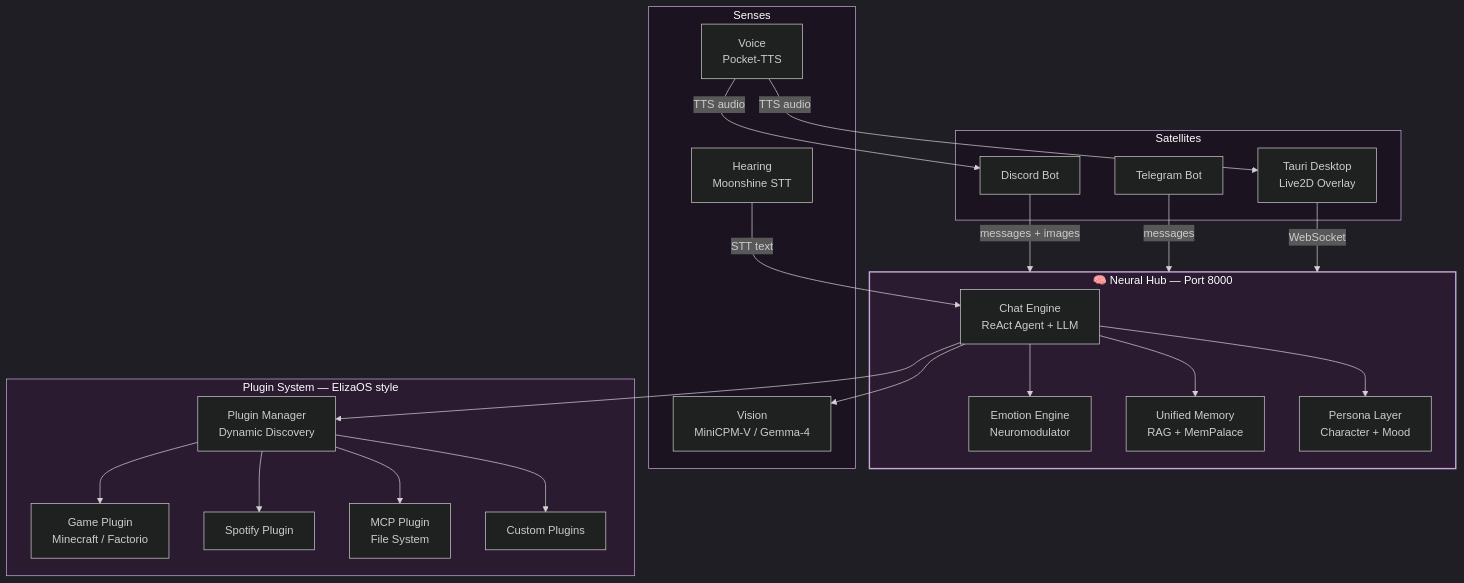
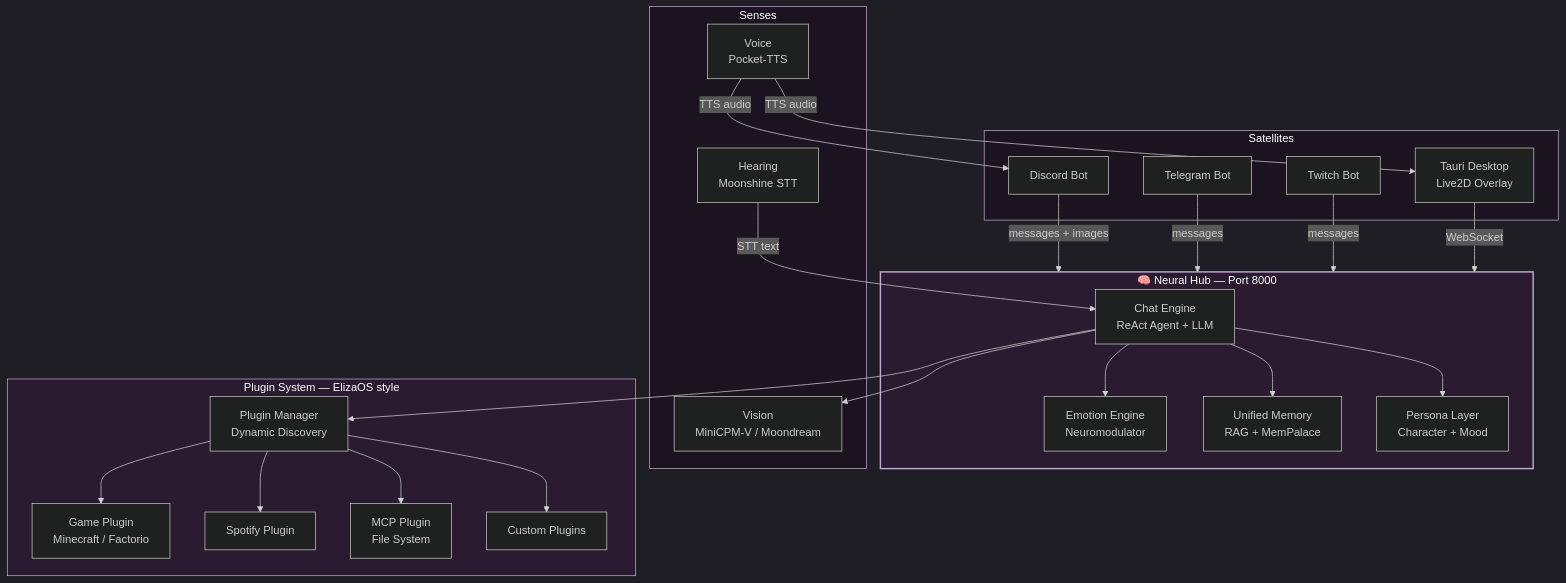
Before and after one commit to omax404/Project-Aiko: the diagram in README.md, drawn with Mermaid. The commit also changed other lines of this file and 92 other files, not shown here.

````diff
--- a/README.md
+++ b/README.md
@@ -171,53 +174,55 @@
 ```mermaid
 %%{ init: { 'theme': 'dark', 'flowchart': { 'curve': 'basis' } } }%%
 flowchart TD
     subgraph Neural["🧠 Neural Hub — Port 8000"]
         Brain["Chat Engine<br/>ReAct Agent + LLM"]
         Emotion["Emotion Engine<br/>Neuromodulator"]
         Memory["Unified Memory<br/>RAG + MemPalace"]
         Persona["Persona Layer<br/>Character + Mood"]
     end
 
     subgraph Senses["Senses"]
-        Vision["Vision<br/>MiniCPM-V / Gemma-4"]
+        Vision["Vision<br/>MiniCPM-V / Moondream"]
         Hearing["Hearing<br/>Moonshine STT"]
         Voice["Voice<br/>Pocket-TTS"]
     end
 
     subgraph Satellites["Satellites"]
         Discord["Discord Bot"]
         Telegram["Telegram Bot"]
+        Twitch["Twitch Bot"]
         Desktop["Tauri Desktop<br/>Live2D Overlay"]
     end
 
     subgraph Plugins["Plugin System — ElizaOS style"]
         PluginMgr["Plugin Manager<br/>Dynamic Discovery"]
         Games["Game Plugin<br/>Minecraft / Factorio"]
         Spotify["Spotify Plugin"]
         MCP["MCP Plugin<br/>File System"]
         Custom["Custom Plugins"]
     end
 
     Discord -->|messages + images| Neural
     Telegram -->|messages| Neural
+    Twitch -->|messages| Neural
     Desktop -->|WebSocket| Neural
 
     Brain --> Memory
     Brain --> Emotion
     Brain --> Persona
     Brain --> Vision
     Brain --> PluginMgr
     PluginMgr --> Games
     PluginMgr --> Spotify
     PluginMgr --> MCP
     PluginMgr --> Custom
 
     Voice -->|TTS audio| Discord
     Voice -->|TTS audio| Desktop
     Hearing -->|STT text| Brain
 
     style Neural fill:#2A1B30,stroke:#C9A8D9,stroke-width:2px,color:#fff
     style Senses fill:#1C1320,stroke:#C9A8D9,stroke-width:1px,color:#fff
     style Satellites fill:#1C1320,stroke:#C9A8D9,stroke-width:1px,color:#fff
     style Plugins fill:#2A1B30,stroke:#C9A8D9,stroke-width:1px,color:#fff
 ```
````
